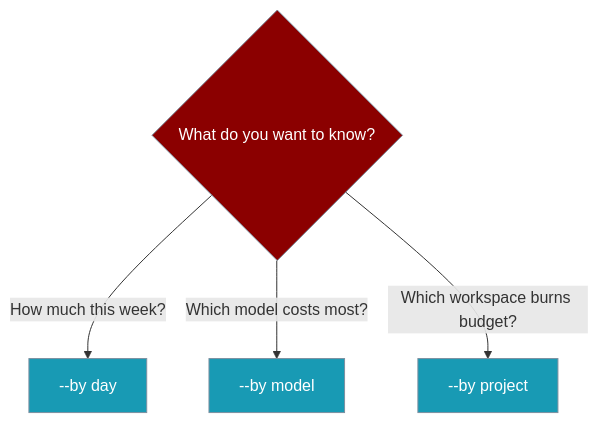
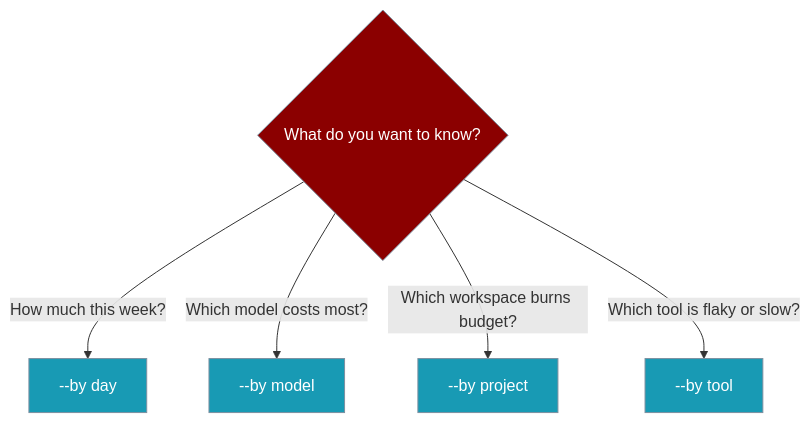
Before and after one commit to MervinPraison/PraisonAIDocs: the third of 4 diagrams in docs/features/praisonai-usage.mdx, drawn with Mermaid. The commit also changed other lines of this file and 3 other files, not shown here.

````diff
--- a/docs/features/praisonai-usage.mdx
+++ b/docs/features/praisonai-usage.mdx
@@ -101,13 +111,14 @@
 ```mermaid
 graph TB
     Q{What do you want to know?}
     Q -->|How much this week?| Day[--by day]
     Q -->|Which model costs most?| Model[--by model]
     Q -->|Which workspace burns budget?| Project[--by project]
+    Q -->|Which tool is flaky or slow?| Tool[--by tool]
 
     classDef question fill:#8B0000,stroke:#7C90A0,color:#fff
     classDef option fill:#189AB4,stroke:#7C90A0,color:#fff
 
     class Q question
-    class Day,Model,Project option
+    class Day,Model,Project,Tool option
 ```
````
